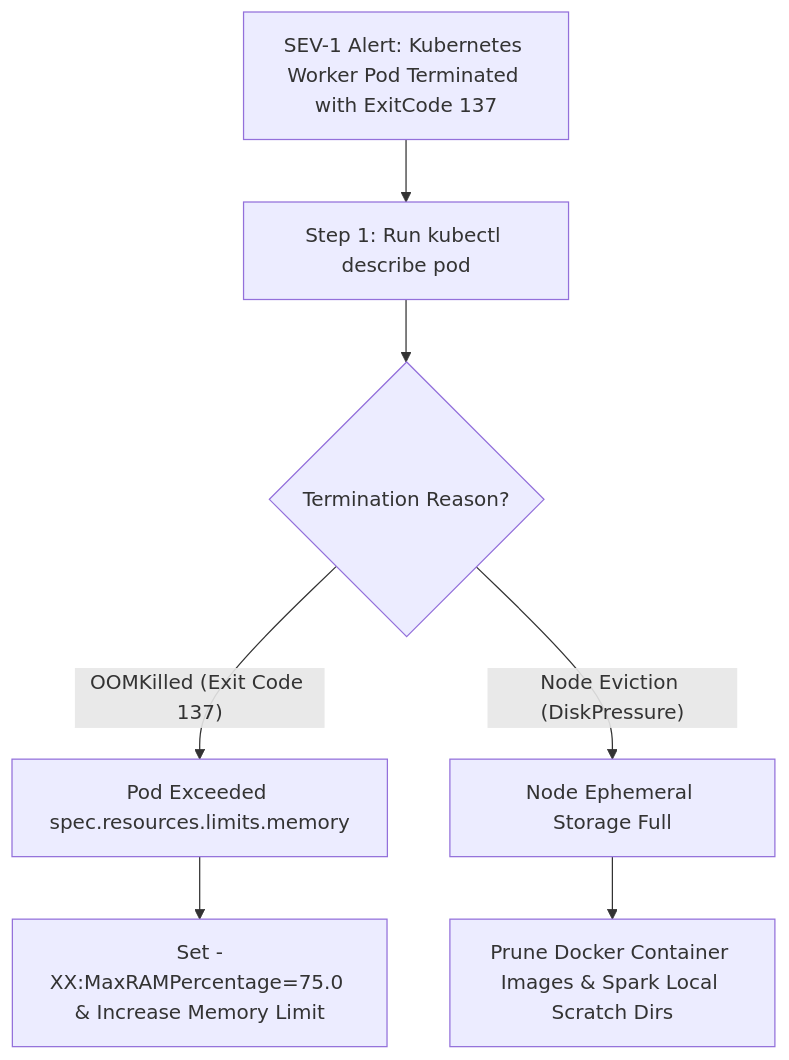
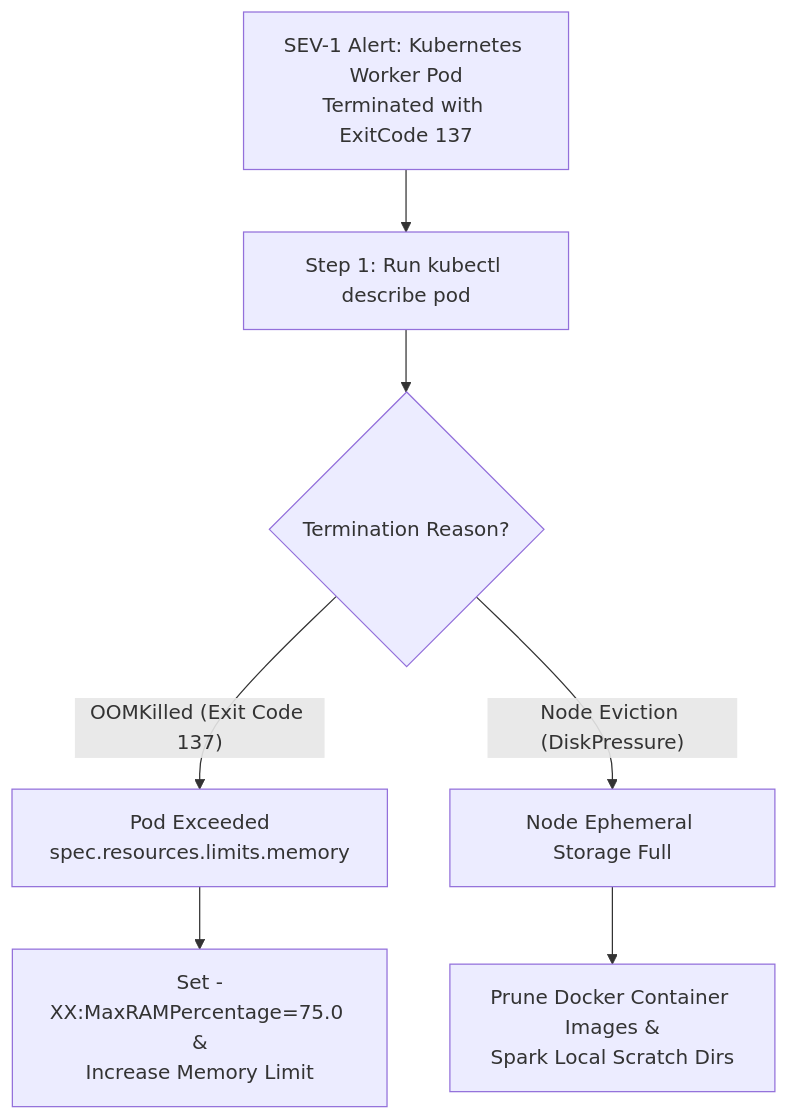
Before and after one commit to santoshjammi29/dataops-cicd-handbook: the diagram in runbooks/04_kubernetes_node_memory_eviction_and_oom_triage.md, drawn with Mermaid. The commit also changed 11 other files, not shown here.

Commit message:
fix(diagrams): word-wrap labels and escape comparison operators across all diagrams

````diff
--- a/runbooks/04_kubernetes_node_memory_eviction_and_oom_triage.md
+++ b/runbooks/04_kubernetes_node_memory_eviction_and_oom_triage.md
@@ -12,11 +12,11 @@
 ```mermaid
 flowchart TD
-    Alert["SEV-1 Alert: Kubernetes Worker Pod Terminated with ExitCode 137"] --> InspectPod["Step 1: Run kubectl describe pod"]
+    Alert["SEV-1 Alert: Kubernetes Worker Pod<br/>Terminated with ExitCode 137"] --> InspectPod["Step 1: Run kubectl describe pod"]
     InspectPod --> ReasonCheck{"Termination Reason?"}
 
-    ReasonCheck -->|"OOMKilled (Exit Code 137)"| MemoryEviction["Pod Exceeded spec.resources.limits.memory"]
+    ReasonCheck -->|"OOMKilled (Exit Code 137)"| MemoryEviction["Pod Exceeded<br/>spec.resources.limits.memory"]
     ReasonCheck -->|"Node Eviction (DiskPressure)"| DiskEviction["Node Ephemeral Storage Full"]
 
-    MemoryEviction --> TuneJVM["Set -XX:MaxRAMPercentage=75.0 & Increase Memory Limit"]
-    DiskEviction --> CleanLogs["Prune Docker Container Images & Spark Local Scratch Dirs"]
+    MemoryEviction --> TuneJVM["Set -XX:MaxRAMPercentage=75.0 &<br/>Increase Memory Limit"]
+    DiskEviction --> CleanLogs["Prune Docker Container Images &<br/>Spark Local Scratch Dirs"]
 ```
````
